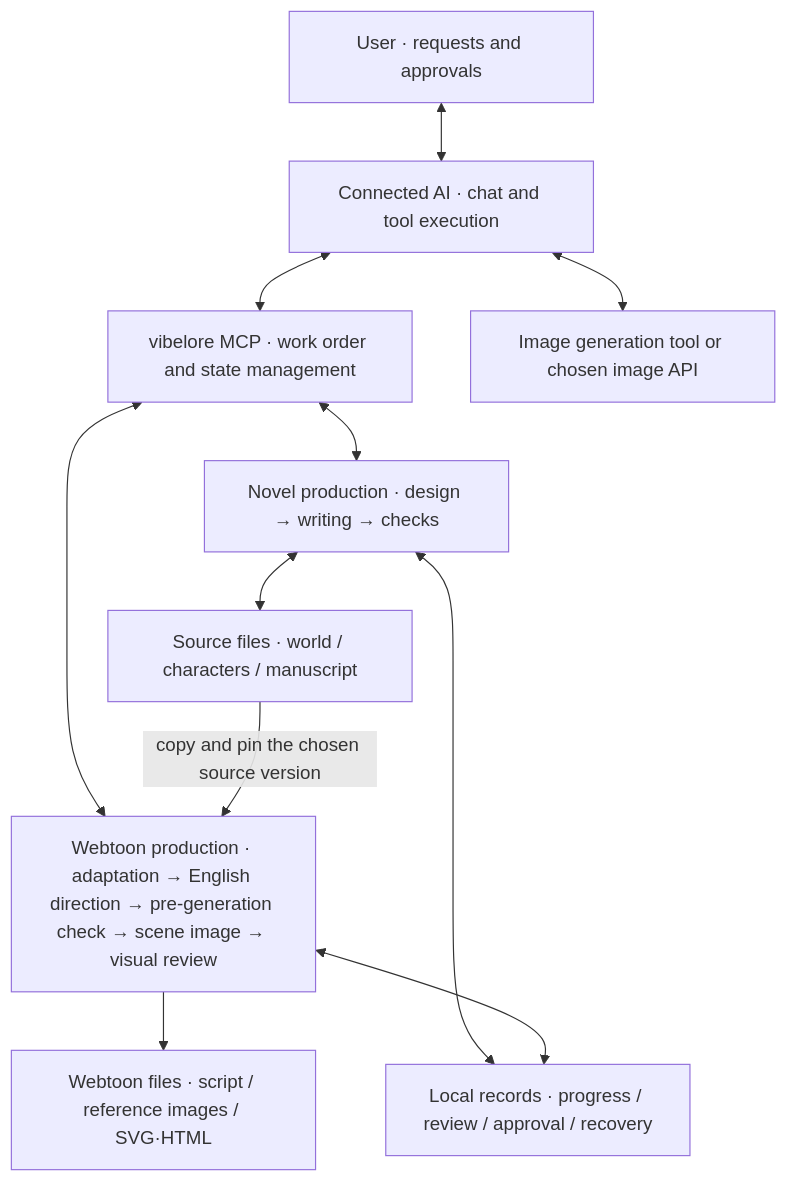
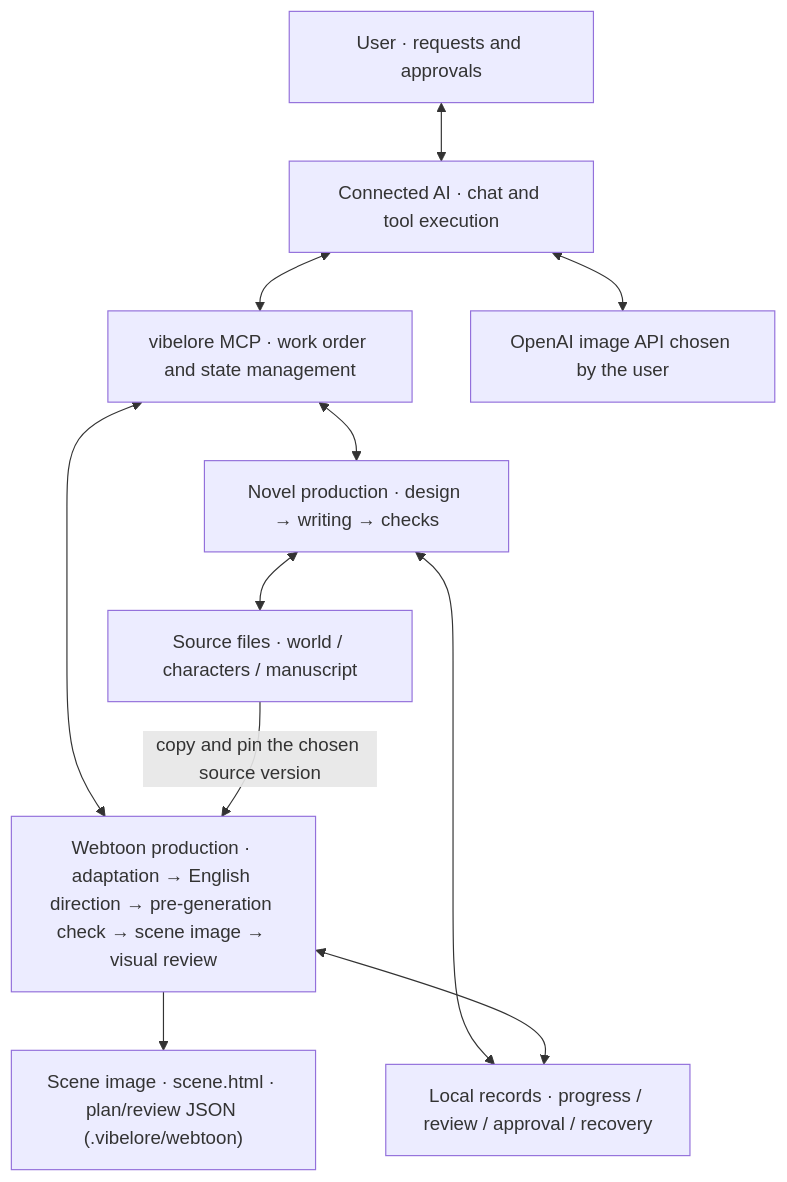
Before and after one commit to fbwndrud/vibelore: the first of 5 diagrams in docs/ARCHITECTURE.en.md, drawn with Mermaid. The commit also changed other lines of this file and 18 other files, not shown here.

First line of the commit message:
docs: match the guides and references to the scene webtoon path and the code

````diff
--- a/docs/ARCHITECTURE.en.md
+++ b/docs/ARCHITECTURE.en.md
@@ -14,13 +14,13 @@
 ```mermaid
 flowchart TB
     U["User · requests and approvals"] <--> H["Connected AI · chat and tool execution"]
     H <--> V["vibelore MCP · work order and state management"]
-    H <--> G["Image generation tool or chosen image API"]
+    H <--> G["OpenAI image API chosen by the user"]
     V <--> N["Novel production · design → writing → checks"]
     V <--> W["Webtoon production · adaptation → English direction → pre-generation check → scene image → visual review"]
     N <--> C["Source files · world / characters / manuscript"]
     C -->|"copy and pin the chosen source version"| W
-    W --> O["Webtoon files · script / reference images / SVG·HTML"]
+    W --> O["Scene image · scene.html · plan/review JSON (.vibelore/webtoon)"]
     N <--> S["Local records · progress / review / approval / recovery"]
     W <--> S
 ```
````
